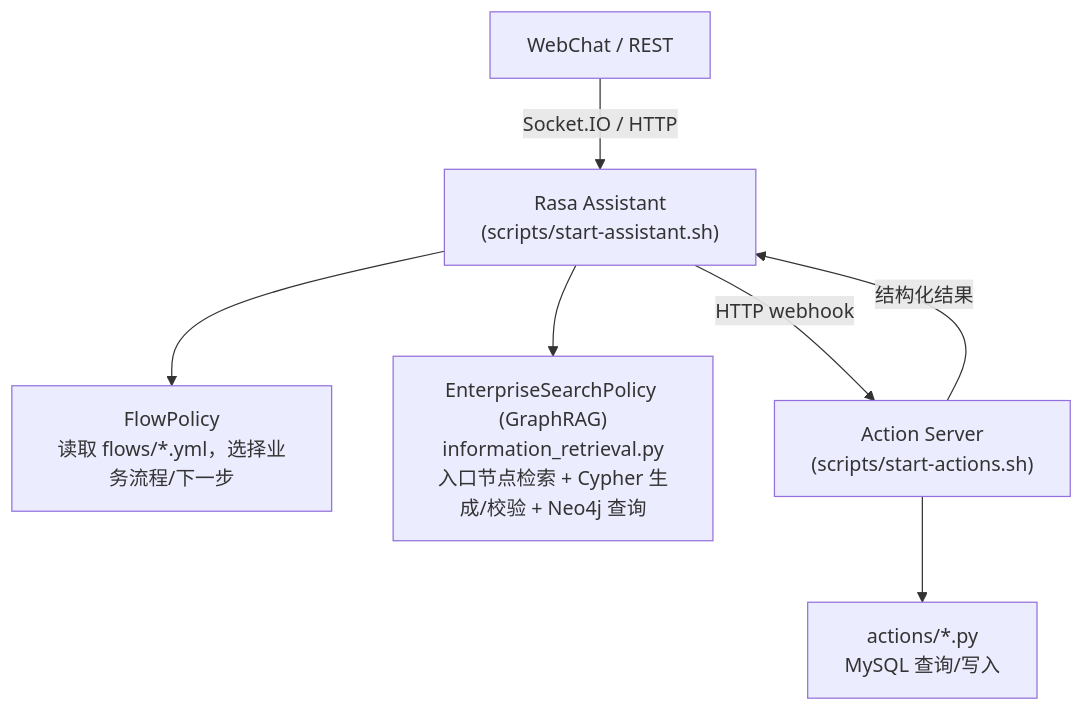
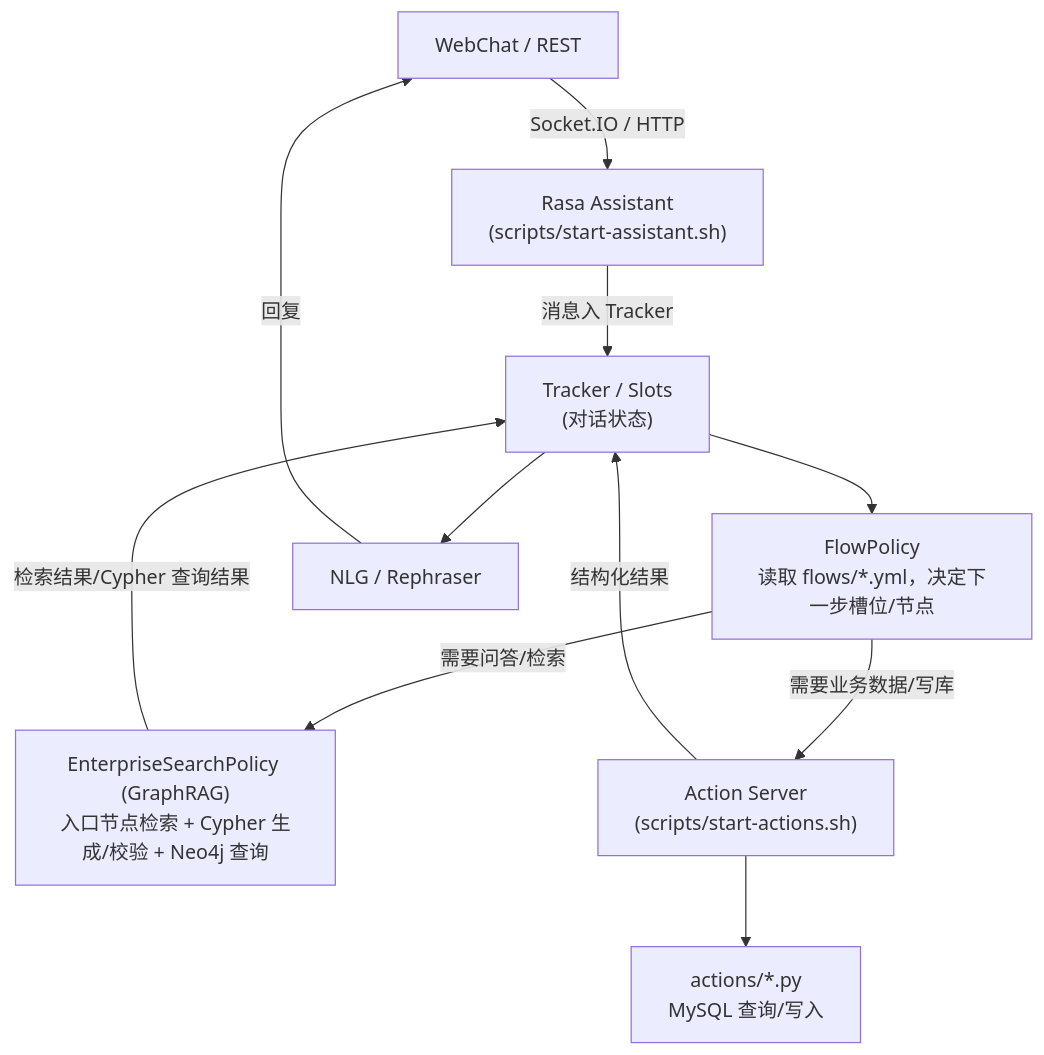
The second of 2 diagrams in README.md (deyongTang/rasa_shop), drawn with Mermaid before and after one commit. The commit also changed other lines of this file, not shown here.

````diff
--- a/README.md
+++ b/README.md
@@ -234,9 +234,13 @@
 ```mermaid
 flowchart TD
   C["WebChat / REST"] -->|Socket.IO / HTTP| S["Rasa Assistant<br/>(scripts/start-assistant.sh)"]
-  S --> FP["FlowPolicy<br/>读取 flows/*.yml，选择业务流程/下一步"]
-  S --> ESP["EnterpriseSearchPolicy (GraphRAG)<br/>information_retrieval.py<br/>入口节点检索 + Cypher 生成/校验 + Neo4j 查询"]
-  S -->|HTTP webhook| AS["Action Server<br/>(scripts/start-actions.sh)"]
+  S -->|消息入 Tracker| T["Tracker / Slots<br/>(对话状态)"]
+  T --> FP["FlowPolicy<br/>读取 flows/*.yml，决定下一步槽位/节点"]
+  FP -->|需要问答/检索| ESP["EnterpriseSearchPolicy (GraphRAG)<br/>入口节点检索 + Cypher 生成/校验 + Neo4j 查询"]
+  FP -->|需要业务数据/写库| AS["Action Server<br/>(scripts/start-actions.sh)"]
+  ESP -->|检索结果/Cypher 查询结果| T
   AS --> ADB["actions/*.py<br/>MySQL 查询/写入"]
-  AS -->|结构化结果| S
+  AS -->|结构化结果| T
+  T --> NLG["NLG / Rephraser"]
+  NLG -->|回复| C
 ```
````
